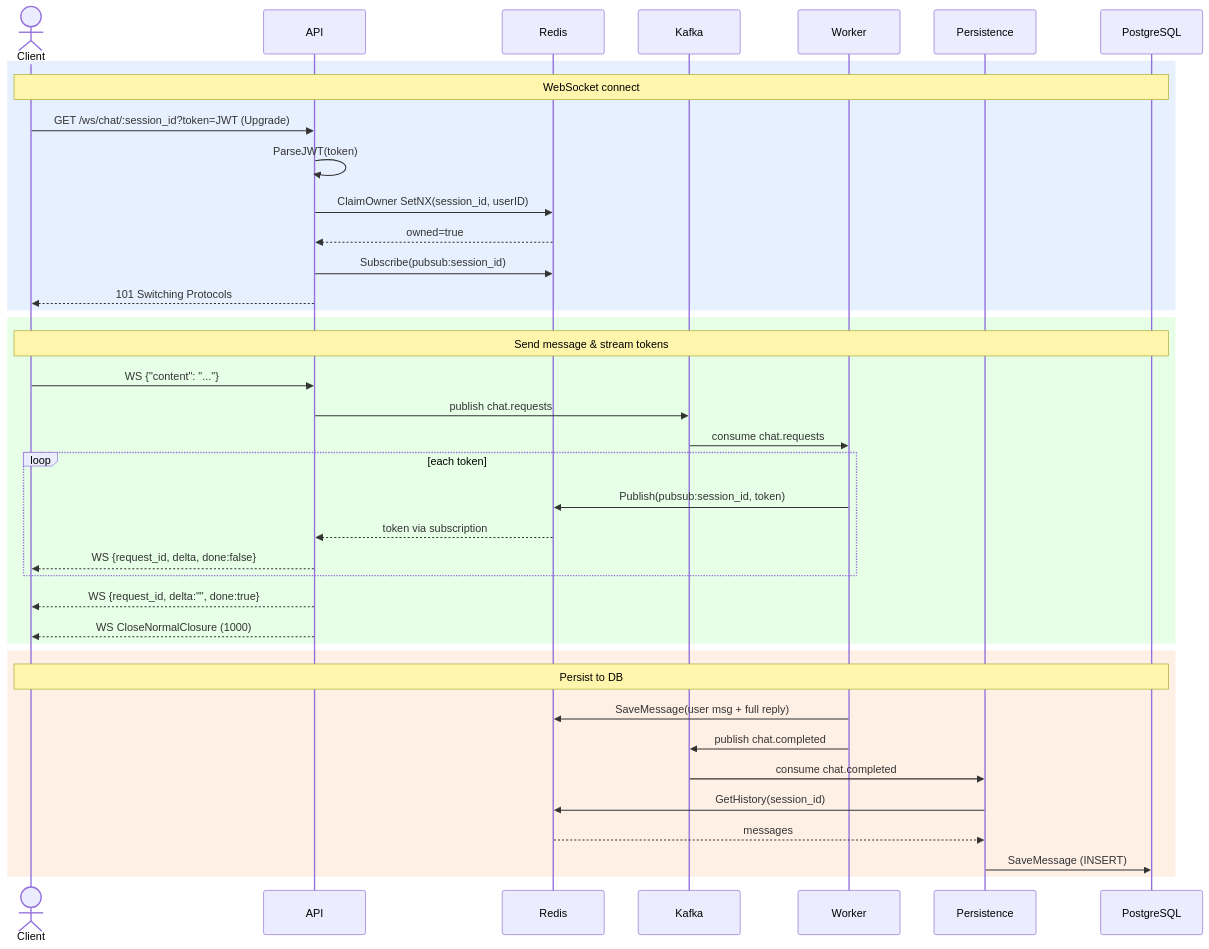
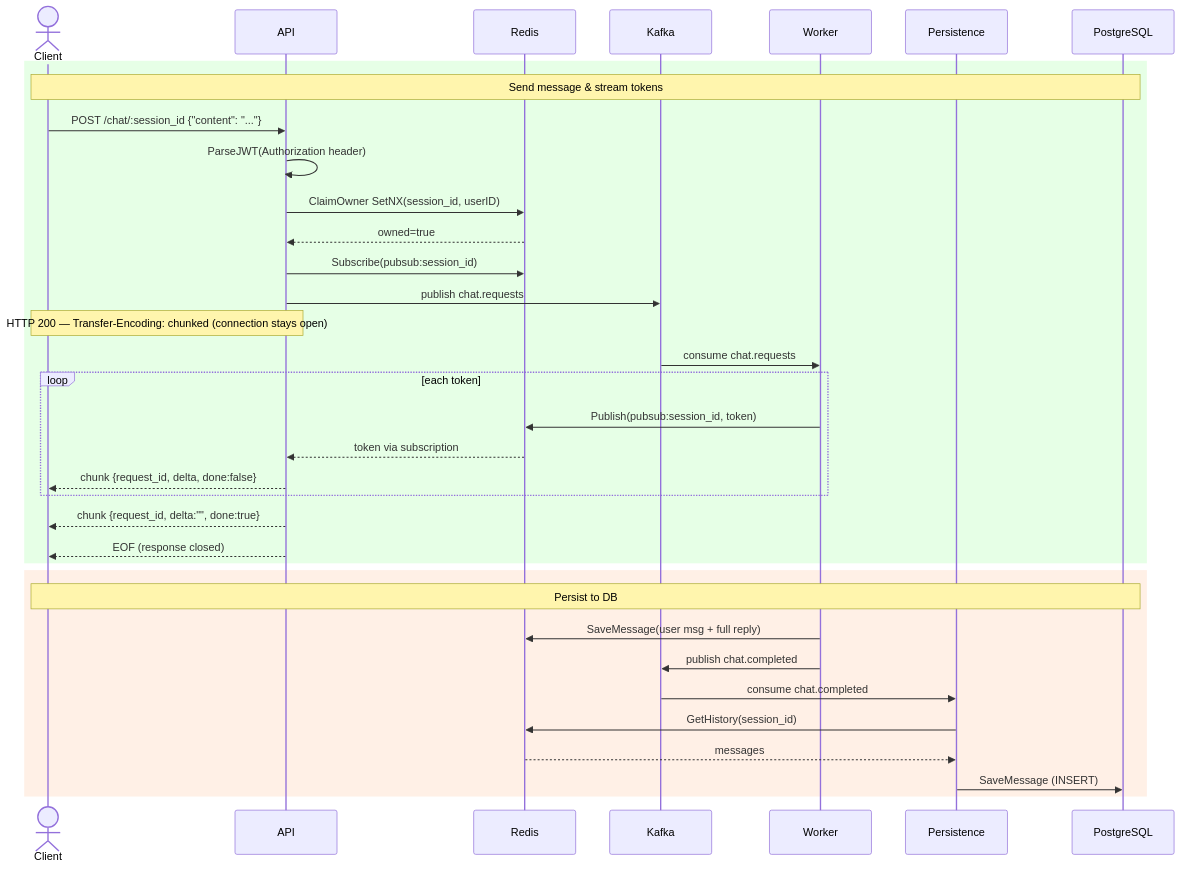
Before and after one commit to linhhnbkdn/golang-learning: the diagram in README.md, drawn with Mermaid. The commit also changed other lines of this file and 5 other files, not shown here.

````diff
--- a/README.md
+++ b/README.md
@@ -22,44 +22,39 @@
 ```mermaid
 sequenceDiagram
     actor Client
     participant API
     participant Redis
     participant Kafka
     participant Worker
     participant Persistence
     participant PostgreSQL
 
-    rect rgb(230, 240, 255)
-        note over Client,PostgreSQL: WebSocket connect
-        Client->>API: GET /ws/chat/:session_id?token=JWT (Upgrade)
-        API->>API: ParseJWT(token)
+    rect rgb(230, 255, 230)
+        note over Client,PostgreSQL: Send message & stream tokens
+        Client->>API: POST /chat/:session_id {"content": "..."}
+        API->>API: ParseJWT(Authorization header)
         API->>Redis: ClaimOwner SetNX(session_id, userID)
         Redis-->>API: owned=true
         API->>Redis: Subscribe(pubsub:session_id)
-        API-->>Client: 101 Switching Protocols
-    end
-
-    rect rgb(230, 255, 230)
-        note over Client,PostgreSQL: Send message & stream tokens
-        Client->>API: WS {"content": "..."}
         API->>Kafka: publish chat.requests
+        note over API,Client: HTTP 200 — Transfer-Encoding: chunked (connection stays open)
         Kafka->>Worker: consume chat.requests
         loop each token
             Worker->>Redis: Publish(pubsub:session_id, token)
             Redis-->>API: token via subscription
-            API-->>Client: WS {request_id, delta, done:false}
+            API-->>Client: chunk {request_id, delta, done:false}
         end
-        API-->>Client: WS {request_id, delta:"", done:true}
-        API-->>Client: WS CloseNormalClosure (1000)
+        API-->>Client: chunk {request_id, delta:"", done:true}
+        API-->>Client: EOF (response closed)
     end
 
     rect rgb(255, 240, 230)
         note over Client,PostgreSQL: Persist to DB
         Worker->>Redis: SaveMessage(user msg + full reply)
         Worker->>Kafka: publish chat.completed
         Kafka->>Persistence: consume chat.completed
         Persistence->>Redis: GetHistory(session_id)
         Redis-->>Persistence: messages
         Persistence->>PostgreSQL: SaveMessage (INSERT)
     end
 ```
````
